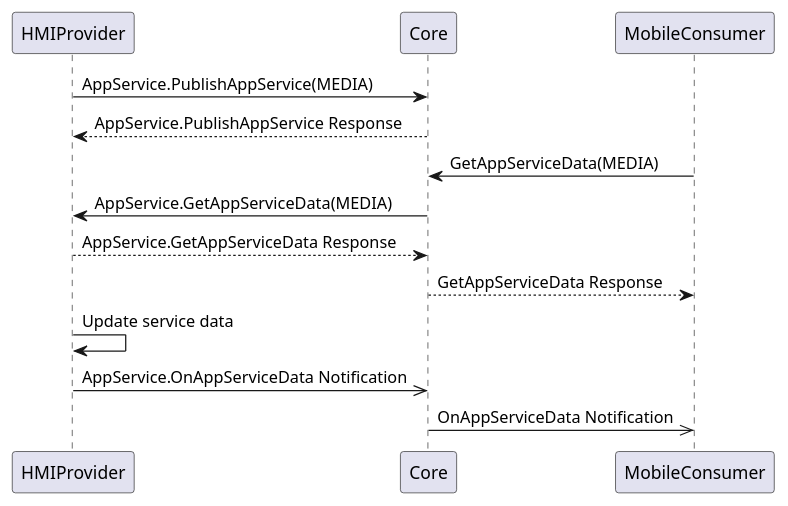
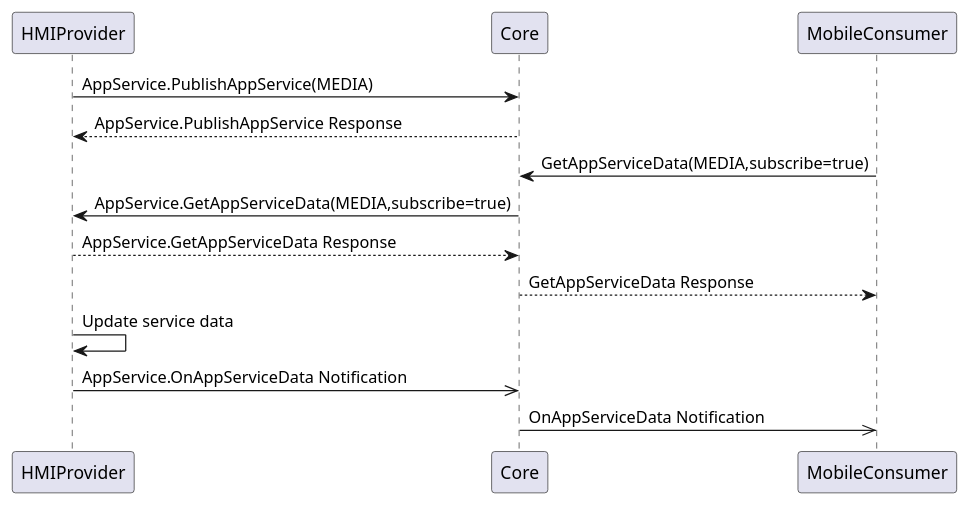
One commit to smartdevicelink/sdl_hmi_integration_guidelines changed the diagram in docs/AppService/OnAppServiceData/assets/OnAppServiceData_HMI_ASP.puml. Above: the diagram before and after it, drawn with PlantUML. The commit also changed 7 other files, not shown here.

Commit message:
Fixed UML diagrams for GetFile and OnAppServiceData

```diff
--- a/docs/AppService/OnAppServiceData/assets/OnAppServiceData_HMI_ASP.puml
+++ b/docs/AppService/OnAppServiceData/assets/OnAppServiceData_HMI_ASP.puml
@@ -1,16 +1,16 @@
 @startuml OnAppServiceData_HMI_ASP
 participant HMIProvider
 participant Core
 participant MobileConsumer
 
 HMIProvider -> Core: AppService.PublishAppService(MEDIA)
 Core --> HMIProvider: AppService.PublishAppService Response
-MobileConsumer -> Core: GetAppServiceData(MEDIA)
-Core -> HMIProvider: AppService.GetAppServiceData(MEDIA)
+MobileConsumer -> Core: GetAppServiceData(MEDIA,subscribe=true)
+Core -> HMIProvider: AppService.GetAppServiceData(MEDIA,subscribe=true)
 HMIProvider --> Core: AppService.GetAppServiceData Response
 Core --> MobileConsumer: GetAppServiceData Response
 HMIProvider -> HMIProvider: Update service data
 HMIProvider ->> Core: AppService.OnAppServiceData Notification
 Core ->> MobileConsumer: OnAppServiceData Notification
 
 @enduml
```
